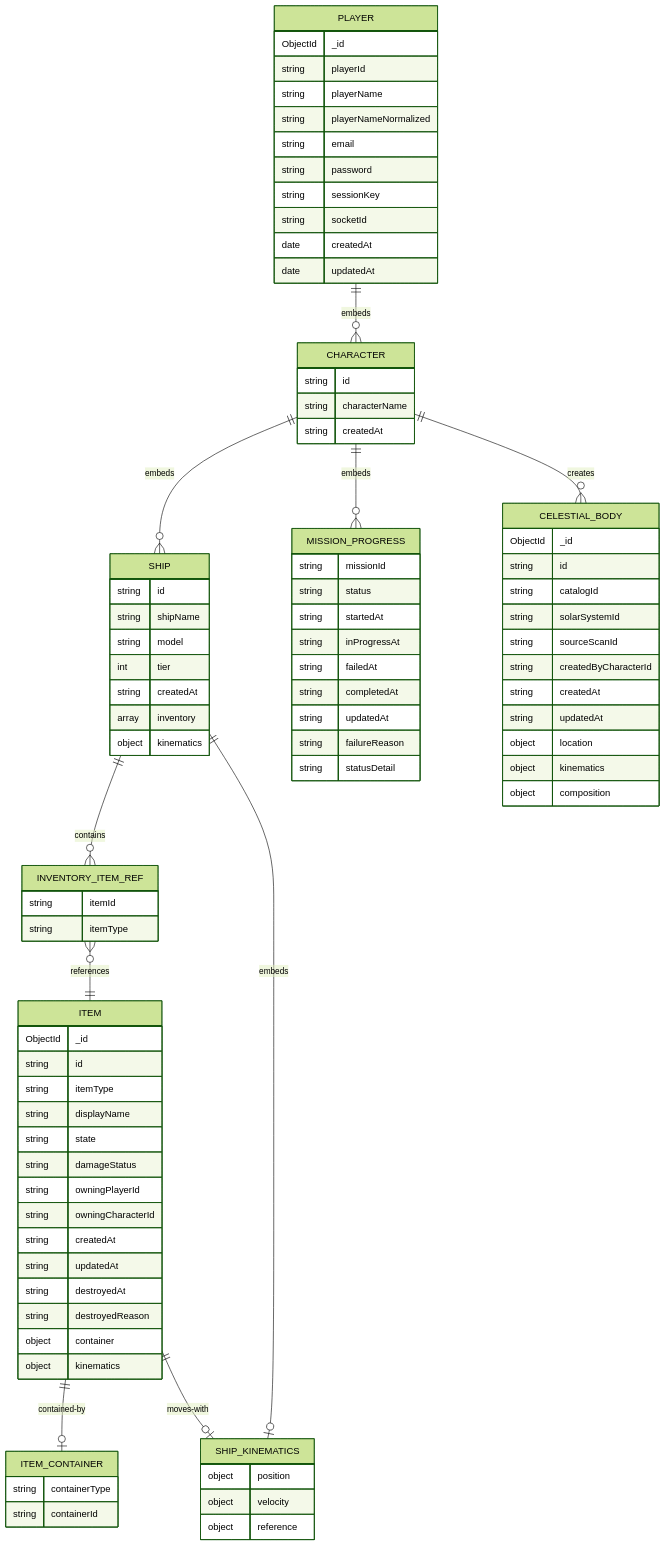
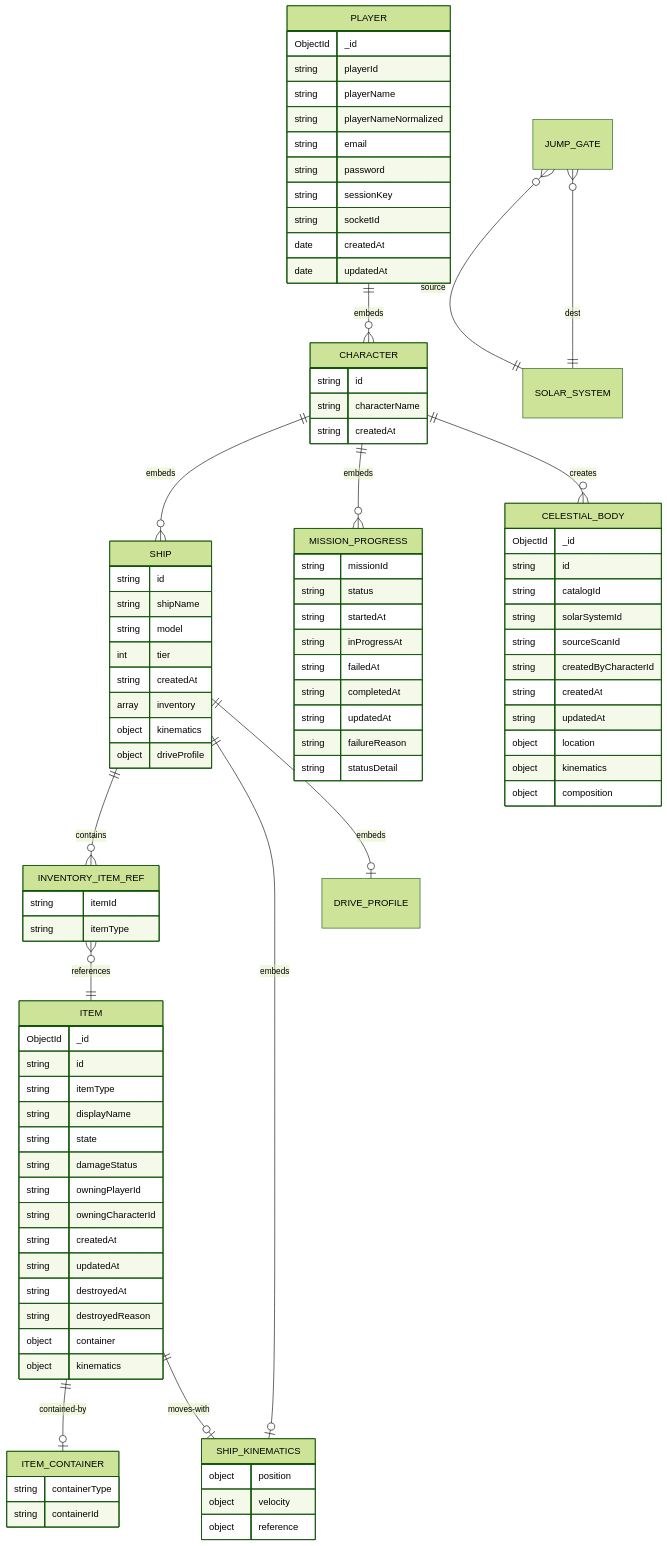
One commit to qagwaai/solid-train changed the diagram in MONGODB_SCHEMA.md. Above: the diagram before and after it, drawn with Mermaid (forest theme). The commit also changed other lines of this file and 16 other files, not shown here.

```diff
--- a/MONGODB_SCHEMA.md
+++ b/MONGODB_SCHEMA.md
@@ -30,8 +33,11 @@
   SHIP ||--o{ INVENTORY_ITEM_REF : contains
   INVENTORY_ITEM_REF }o--|| ITEM : references
   SHIP ||--o| SHIP_KINEMATICS : embeds
+  SHIP ||--o| DRIVE_PROFILE : embeds
   ITEM ||--o| ITEM_CONTAINER : contained-by
   ITEM ||--o| SHIP_KINEMATICS : moves-with
+  JUMP_GATE }o--|| SOLAR_SYSTEM : source
+  JUMP_GATE }o--|| SOLAR_SYSTEM : dest
 
   PLAYER {
     ObjectId _id
@@ -72,6 +78,7 @@
     string createdAt
     array inventory
     object kinematics
+    object driveProfile
   }
 
   INVENTORY_ITEM_REF {
```
